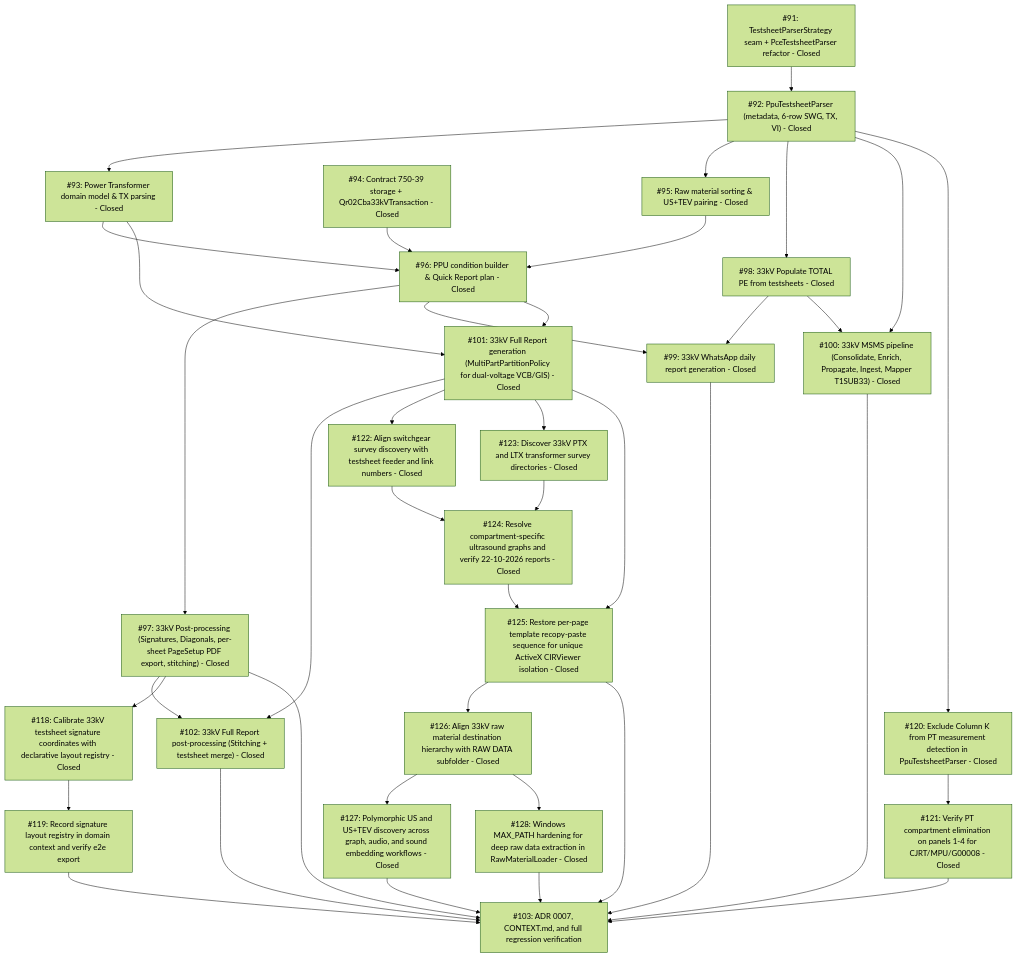
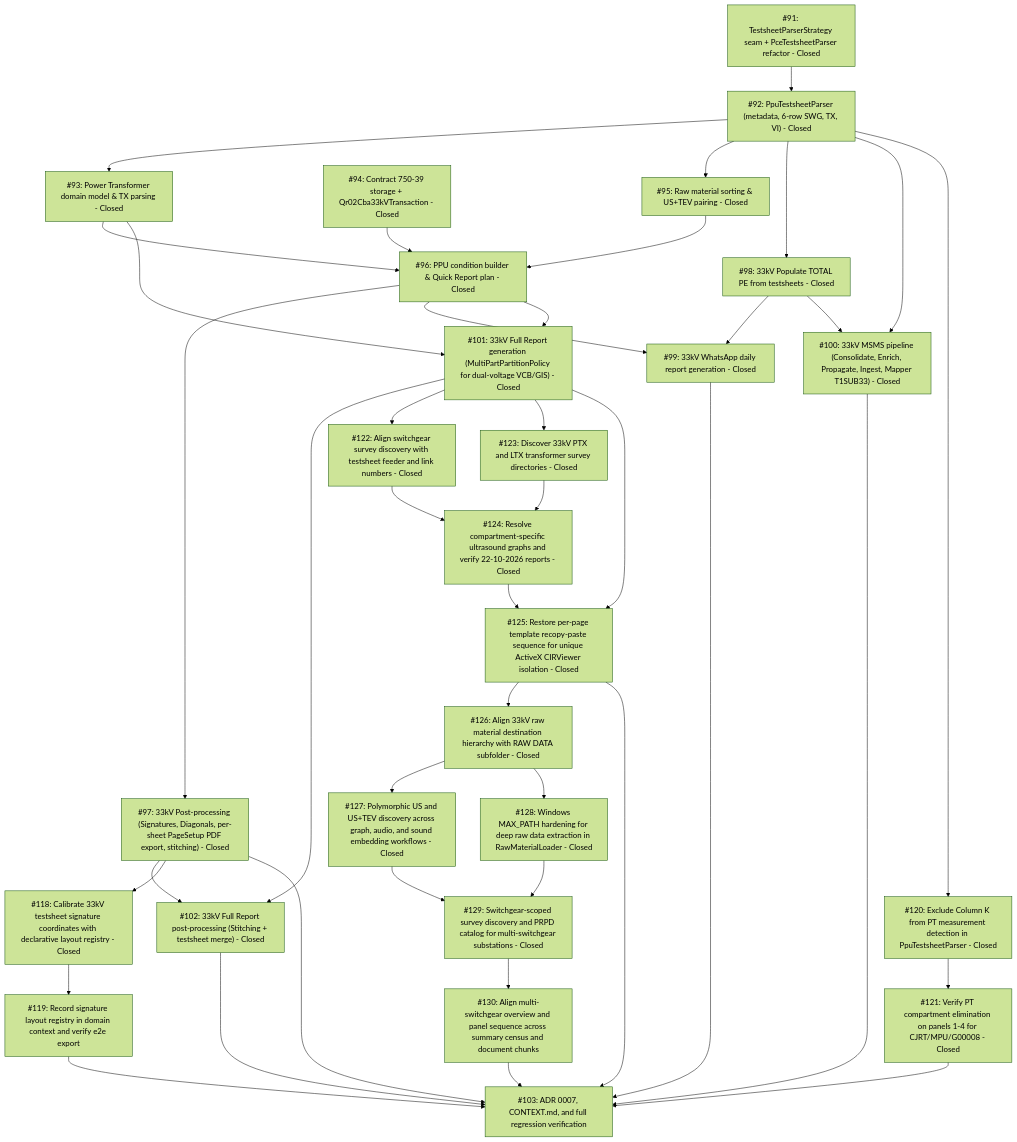
The diagram in .wayfinder/33kv-system-workflow/map.md (adamlarGit/pahang-cli), drawn with Mermaid (forest theme) before and after one commit. The commit also changed other lines of this file and 8 other files, not shown here.

First line of the commit message:
feat(survey): switchgear-scoped survey PRPD catalog

````diff
--- a/.wayfinder/33kv-system-workflow/map.md
+++ b/.wayfinder/33kv-system-workflow/map.md
@@ -55,66 +55,70 @@
 ```mermaid
 graph TD
     T91["#91: TestsheetParserStrategy seam + PceTestsheetParser refactor - Closed"]
     T92["#92: PpuTestsheetParser (metadata, 6-row SWG, TX, VI) - Closed"]
     T93["#93: Power Transformer domain model & TX parsing - Closed"]
     T94["#94: Contract 750-39 storage + Qr02Cba33kVTransaction - Closed"]
     T95["#95: Raw material sorting & US+TEV pairing - Closed"]
     T96["#96: PPU condition builder & Quick Report plan - Closed"]
     T97["#97: 33kV Post-processing (Signatures, Diagonals, per-sheet PageSetup PDF export, stitching) - Closed"]
     T98["#98: 33kV Populate TOTAL PE from testsheets - Closed"]
     T99["#99: 33kV WhatsApp daily report generation - Closed"]
     T100["#100: 33kV MSMS pipeline (Consolidate, Enrich, Propagate, Ingest, Mapper T1SUB33) - Closed"]
     T101["#101: 33kV Full Report generation (MultiPartPartitionPolicy for dual-voltage VCB/GIS) - Closed"]
     T102["#102: 33kV Full Report post-processing (Stitching + testsheet merge) - Closed"]
     T118["#118: Calibrate 33kV testsheet signature coordinates with declarative layout registry - Closed"]
     T119["#119: Record signature layout registry in domain context and verify e2e export"]
     T120["#120: Exclude Column K from PT measurement detection in PpuTestsheetParser - Closed"]
     T121["#121: Verify PT compartment elimination on panels 1-4 for CJRT/MPU/G00008 - Closed"]
     T122["#122: Align switchgear survey discovery with testsheet feeder and link numbers - Closed"]
     T123["#123: Discover 33kV PTX and LTX transformer survey directories - Closed"]
     T124["#124: Resolve compartment-specific ultrasound graphs and verify 22-10-2026 reports - Closed"]
     T125["#125: Restore per-page template recopy-paste sequence for unique ActiveX CIRViewer isolation - Closed"]
     T126["#126: Align 33kV raw material destination hierarchy with RAW DATA subfolder - Closed"]
     T127["#127: Polymorphic US and US+TEV discovery across graph, audio, and sound embedding workflows - Closed"]
     T128["#128: Windows MAX_PATH hardening for deep raw data extraction in RawMaterialLoader - Closed"]
+    T129["#129: Switchgear-scoped survey discovery and PRPD catalog for multi-switchgear substations - Closed"]
+    T130["#130: Align multi-switchgear overview and panel sequence across summary census and document chunks"]
     T103["#103: ADR 0007, CONTEXT.md, and full regression verification"]
 
     T91 --> T92
     T92 --> T93
     T92 --> T95
     T92 --> T98
     T94 --> T96
     T93 --> T96
     T95 --> T96
     T96 --> T97
     T96 --> T99
     T98 --> T99
     T98 --> T100
     T92 --> T100
     T93 --> T101
     T96 --> T101
     T97 --> T102
     T101 --> T102
     T97 --> T118
     T118 --> T119
     T119 --> T103
     T92 --> T120
     T120 --> T121
     T121 --> T103
     T101 --> T122
     T101 --> T123
     T122 --> T124
     T123 --> T124
     T124 --> T125
     T125 --> T126
     T126 --> T127
     T126 --> T128
-    T127 --> T103
-    T128 --> T103
+    T127 --> T129
+    T128 --> T129
+    T129 --> T130
+    T130 --> T103
     T101 --> T125
     T125 --> T103
     T97 --> T103
     T99 --> T103
     T100 --> T103
     T102 --> T103
 ```
````
